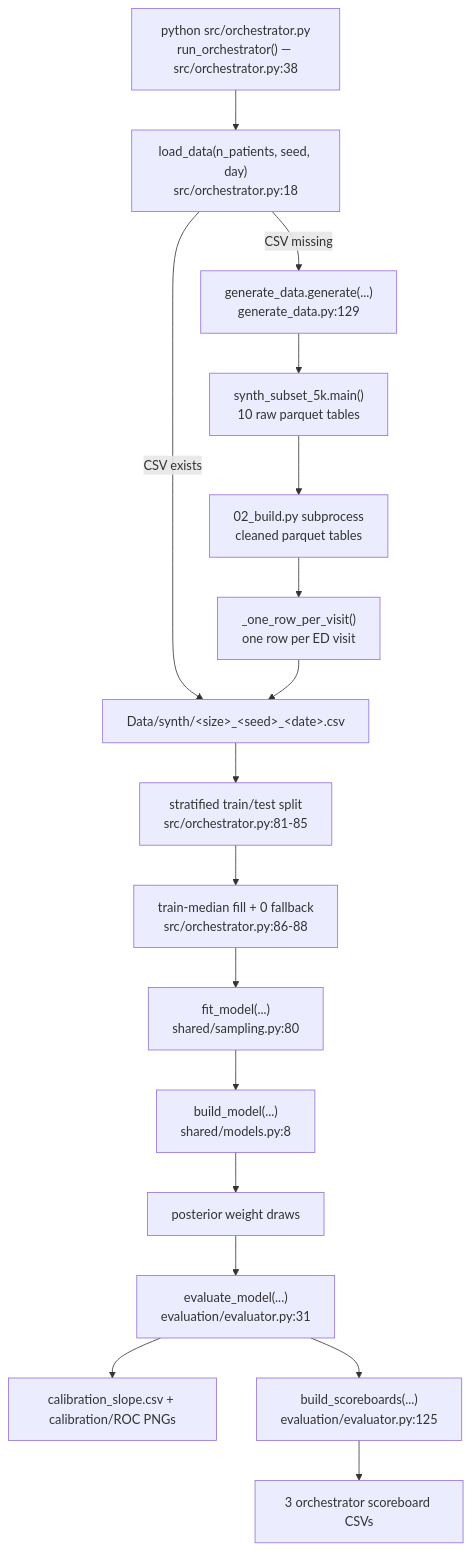
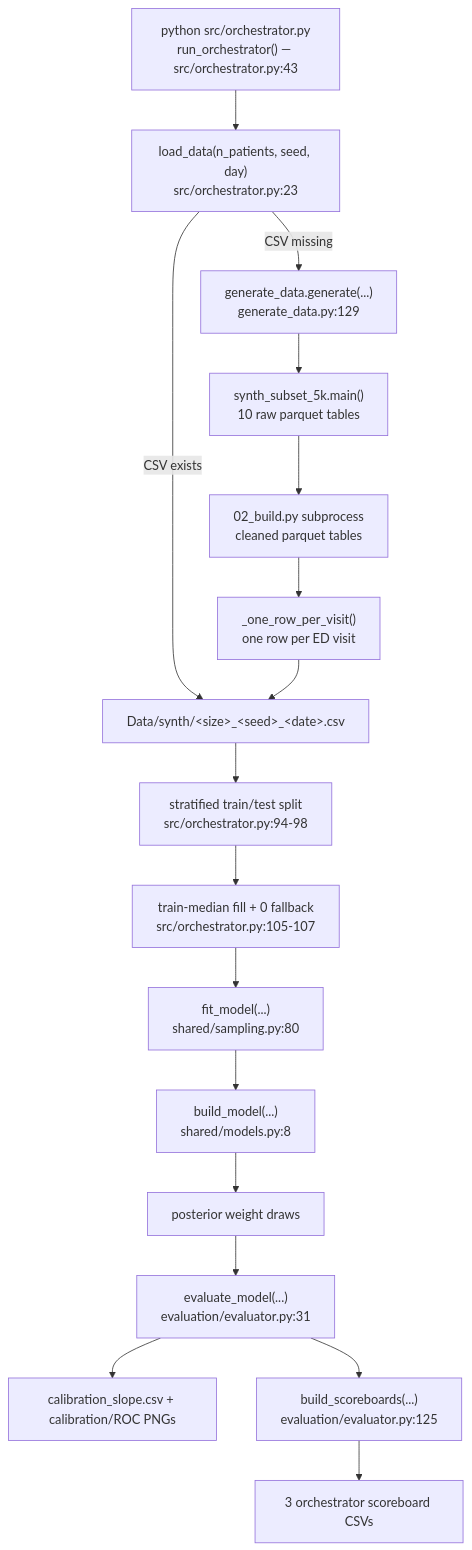
One commit to santabeard/DataanalysProjekt changed the diagram in Docs/evaluation/FLOW.md. Above: the diagram before and after it, drawn with Mermaid. The commit also changed other lines of this file and 11 other files, not shown here.

````diff
--- a/Docs/evaluation/FLOW.md
+++ b/Docs/evaluation/FLOW.md
@@ -9,19 +9,19 @@
 ```mermaid
 flowchart TD
-    CLI["python src/orchestrator.py<br/>run_orchestrator() — src/orchestrator.py:38"] --> LOAD["load_data(n_patients, seed, day)<br/>src/orchestrator.py:18"]
+    CLI["python src/orchestrator.py<br/>run_orchestrator() — src/orchestrator.py:43"] --> LOAD["load_data(n_patients, seed, day)<br/>src/orchestrator.py:23"]
     LOAD -->|CSV exists| CSV["Data/synth/&lt;size&gt;_&lt;seed&gt;_&lt;date&gt;.csv"]
     LOAD -->|CSV missing| GEN["generate_data.generate(...)<br/>generate_data.py:129"]
     GEN --> RAW["synth_subset_5k.main()<br/>10 raw parquet tables"]
     RAW --> BUILD["02_build.py subprocess<br/>cleaned parquet tables"]
     BUILD --> JOIN["_one_row_per_visit()<br/>one row per ED visit"]
     JOIN --> CSV
-    CSV --> SPLIT["stratified train/test split<br/>src/orchestrator.py:81-85"]
-    SPLIT --> FILL["train-median fill + 0 fallback<br/>src/orchestrator.py:86-88"]
+    CSV --> SPLIT["stratified train/test split<br/>src/orchestrator.py:94-98"]
+    SPLIT --> FILL["train-median fill + 0 fallback<br/>src/orchestrator.py:105-107"]
     FILL --> FIT["fit_model(...)<br/>shared/sampling.py:80"]
     FIT --> MODEL["build_model(...)<br/>shared/models.py:8"]
     MODEL --> DRAWS["posterior weight draws"]
     DRAWS --> EVAL["evaluate_model(...)<br/>evaluation/evaluator.py:31"]
     EVAL --> PRIMARY["calibration_slope.csv + calibration/ROC PNGs"]
     EVAL --> BOARDS["build_scoreboards(...)<br/>evaluation/evaluator.py:125"]
     BOARDS --> SCORES["3 orchestrator scoreboard CSVs"]
 ```
````
